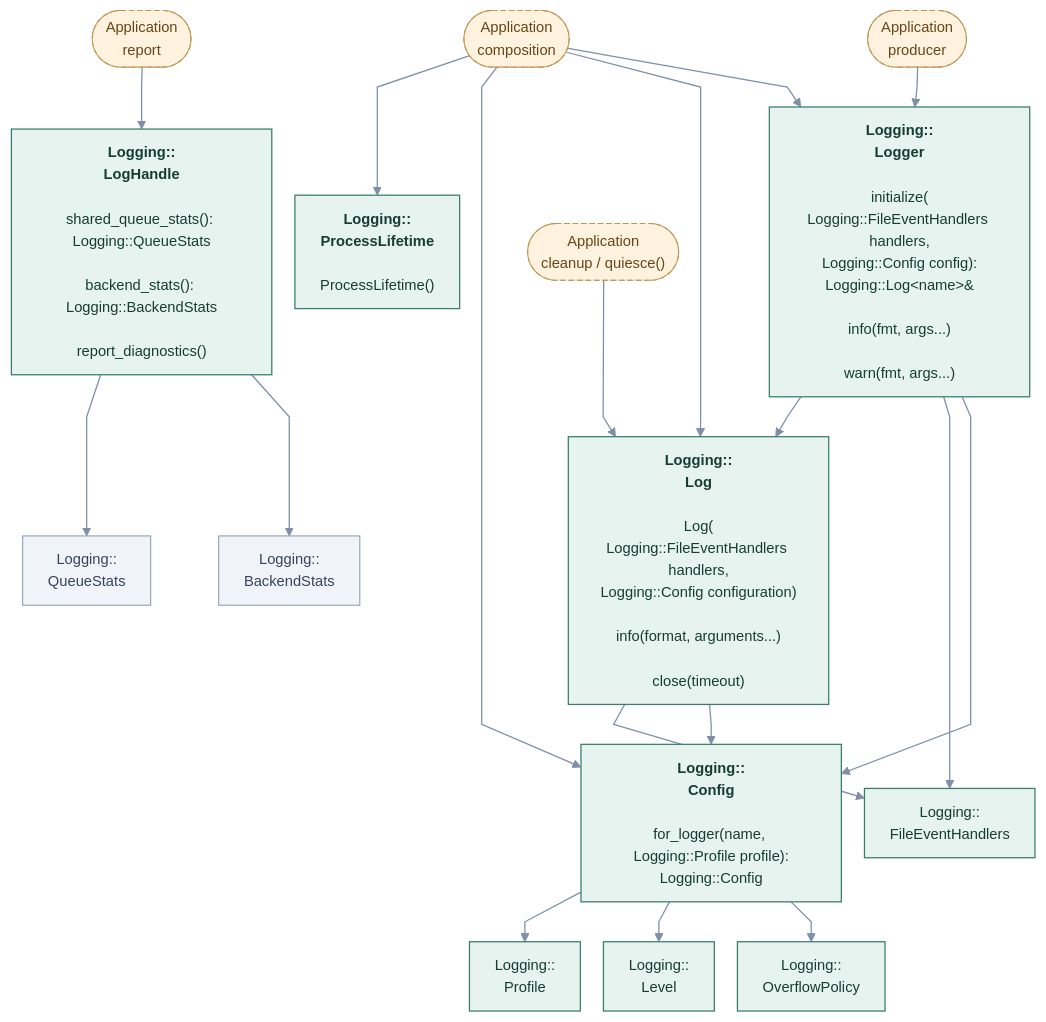
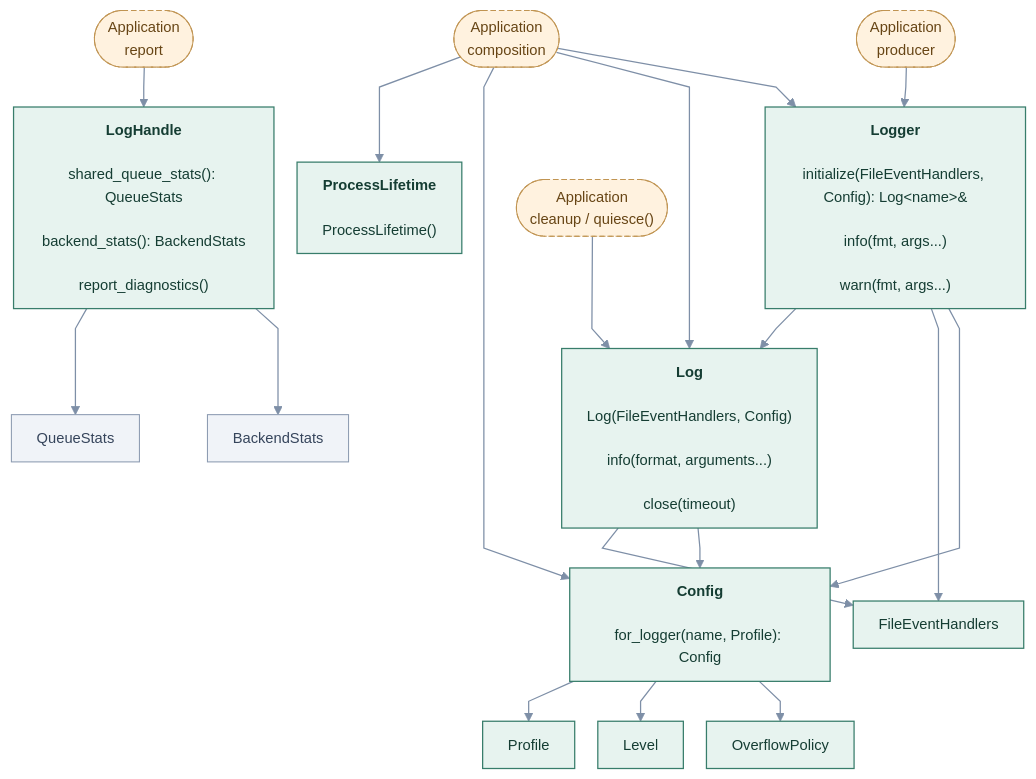
One commit to cppcooper/cheryl-engine changed the diagram in docs/site/engine-systems/diagrams/logging-application.mmd. Above: the diagram before and after it, drawn with Mermaid. The commit also changed 54 other files, not shown here.

First line of the commit message:
Simplifies signatures and namespace labels across subsystem diagrams

```diff
--- a/docs/site/engine-systems/diagrams/logging-application.mmd
+++ b/docs/site/engine-systems/diagrams/logging-application.mmd
@@ -1,53 +1,53 @@
 ---
 config:
   theme: base
   themeVariables:
     fontFamily: system-ui, sans-serif
     fontSize: 14px
   flowchart:
     htmlLabels: true
     curve: linear
     nodeSpacing: 22
     rankSpacing: 38
     padding: 12
 ---
 flowchart TB
     accTitle: Logging · application configuration and writers
-    accDescr: Arrows point toward the API or type used, not call order or data flow. Methods beneath type names are selected application entry points; Implement hooks marks engine-invoked overrides. Dashed arrows mark optional choices.
+    accDescr: Local names omit Logging::; ambiguous nested namespaces remain qualified. Local names omit Logging::; ambiguous nested namespaces remain qualified. Arrows point toward the API or type used, not call order or data flow. Methods beneath type names are selected application entry points; Implement hooks marks engine-invoked overrides. Dashed arrows mark optional choices.
     k0(["Application<br/>composition"]):::app
-    k1["<b>Logging::<br/>ProcessLifetime</b><br/><br/>ProcessLifetime()"]:::focal
-    k2["<b>Logging::<br/>Config</b><br/><br/>for_logger(name, Logging::Profile profile):<br/>Logging::Config"]:::focal
-    k3["<b>Logging::<br/>Log</b><br/><br/>Log(<br/>Logging::FileEventHandlers handlers,<br/>Logging::Config configuration)<br/><br/>info(format, arguments...)<br/><br/>close(timeout)"]:::focal
-    k4["Logging::<br/>Profile"]:::focal
-    k5["Logging::<br/>Level"]:::focal
-    k6["Logging::<br/>OverflowPolicy"]:::focal
-    k7["Logging::<br/>FileEventHandlers"]:::focal
+    k1["<b>ProcessLifetime</b><br/><br/>ProcessLifetime()"]:::focal
+    k2["<b>Config</b><br/><br/>for_logger(name, Profile): Config"]:::focal
+    k3["<b>Log</b><br/><br/>Log(FileEventHandlers, Config)<br/><br/>info(format, arguments...)<br/><br/>close(timeout)"]:::focal
+    k4["Profile"]:::focal
+    k5["Level"]:::focal
+    k6["OverflowPolicy"]:::focal
+    k7["FileEventHandlers"]:::focal
     k8(["Application<br/>producer"]):::app
-    k9["<b>Logging::<br/>Logger</b><br/><br/>initialize(<br/>Logging::FileEventHandlers handlers,<br/>Logging::Config config):<br/>Logging::Log&lt;name&gt;&amp;<br/><br/>info(fmt, args...)<br/><br/>warn(fmt, args...)"]:::focal
+    k9["<b>Logger</b><br/><br/>initialize(FileEventHandlers, Config): Log&lt;name&gt;&amp;<br/><br/>info(fmt, args...)<br/><br/>warn(fmt, args...)"]:::focal
     k10(["Application<br/>report"]):::app
-    k11["<b>Logging::<br/>LogHandle</b><br/><br/>shared_queue_stats(): Logging::QueueStats<br/><br/>backend_stats(): Logging::BackendStats<br/><br/>report_diagnostics()"]:::focal
-    k12["Logging::<br/>QueueStats"]:::neighbor
+    k11["<b>LogHandle</b><br/><br/>shared_queue_stats(): QueueStats<br/><br/>backend_stats(): BackendStats<br/><br/>report_diagnostics()"]:::focal
+    k12["QueueStats"]:::neighbor
     k13(["Application<br/>cleanup / quiesce()"]):::app
-    k14["Logging::<br/>BackendStats"]:::neighbor
+    k14["BackendStats"]:::neighbor
     k0 --> k1
     k0 --> k2
     k0 --> k3
     k2 --> k4
     k2 --> k5
     k2 --> k6
     k3 --> k7
     k8 --> k9
     k9 --> k3
     k10 --> k11
     k11 --> k12
     k13 --> k3
     k0 --> k9
     k3 --> k2
     k9 --> k7
     k9 --> k2
     k11 --> k14
     classDef focal fill:#e7f3ef,stroke:#387d6b,color:#153d33,stroke-width:1.2px
     classDef neighbor fill:#f0f3f8,stroke:#8c9bb1,color:#35445b,stroke-width:1px
     classDef app fill:#fff2df,stroke:#c09452,color:#674515,stroke-dasharray:5 3
     classDef system fill:#eaf0fc,stroke:#617fab,color:#263f69,stroke-width:1.2px
     linkStyle default stroke:#7e8fa7,stroke-width:1.2px
```
